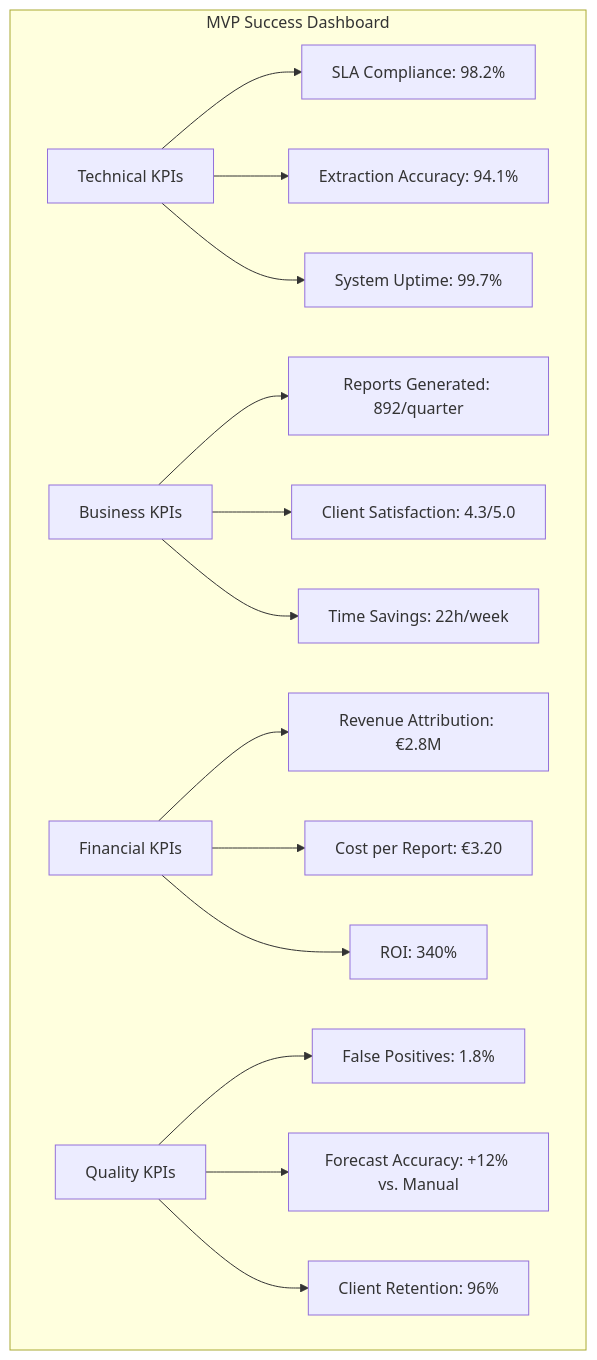
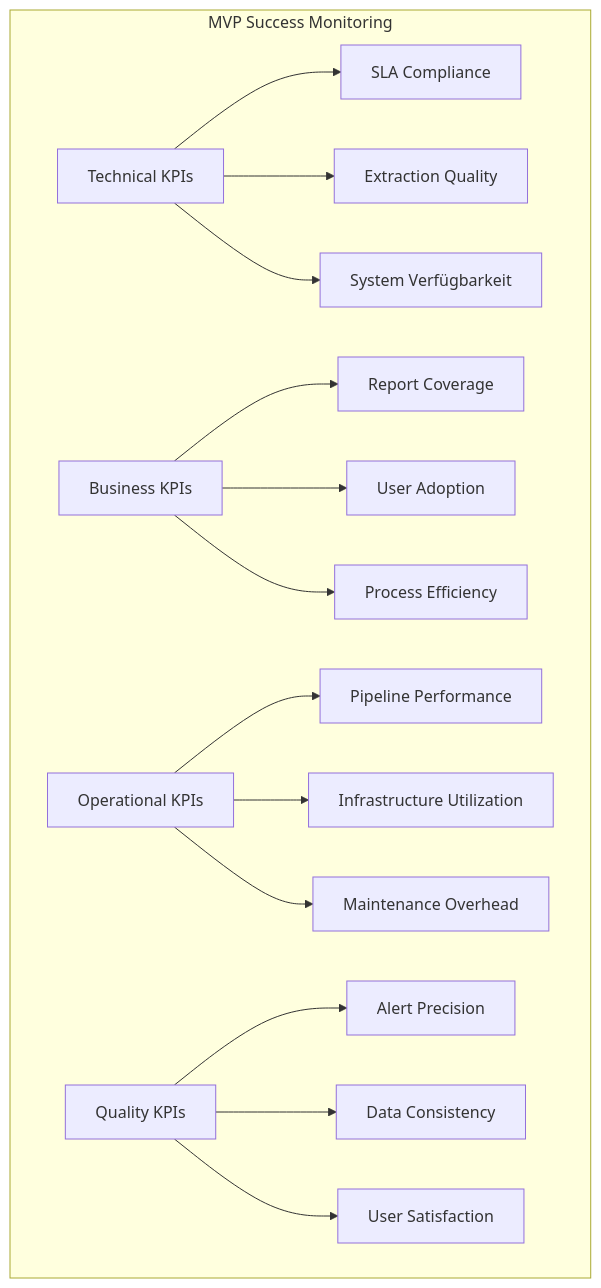
One commit to ProfDrT/investment-bank changed the eighth of 12 diagrams in 06a_Research_Public_Equities.md. Above: the diagram before and after it, drawn with Mermaid. The commit also changed other lines of this file, not shown here.

````diff
--- a/06a_Research_Public_Equities.md
+++ b/06a_Research_Public_Equities.md
@@ -1470,20 +1464,20 @@
 ```mermaid
 graph TB
-    subgraph "MVP Success Dashboard"
-        A[Technical KPIs] --> A1[SLA Compliance: 98.2%]
-        A --> A2[Extraction Accuracy: 94.1%]
-        A --> A3[System Uptime: 99.7%]
+    subgraph "MVP Success Monitoring"
+        A[Technical KPIs] --> A1[SLA Compliance]
+        A --> A2[Extraction Quality]
+        A --> A3[System Verfügbarkeit]
         
-        B[Business KPIs] --> B1[Reports Generated: 892/quarter]
-        B --> B2[Client Satisfaction: 4.3/5.0]  
-        B --> B3[Time Savings: 22h/week]
+        B[Business KPIs] --> B1[Report Coverage]
+        B --> B2[User Adoption]  
+        B --> B3[Process Efficiency]
         
-        C[Financial KPIs] --> C1[Revenue Attribution: €2.8M]
-        C --> C2[Cost per Report: €3.20]
-        C --> C3[ROI: 340%]
+        C[Operational KPIs] --> C1[Pipeline Performance]
+        C --> C2[Infrastructure Utilization]
+        C --> C3[Maintenance Overhead]
         
-        D[Quality KPIs] --> D1[False Positives: 1.8%]
-        D --> D2[Forecast Accuracy: +12% vs. Manual]
-        D --> D3[Client Retention: 96%]
+        D[Quality KPIs] --> D1[Alert Precision]
+        D --> D2[Data Consistency]
+        D --> D3[User Satisfaction]
     end
 ```
````
